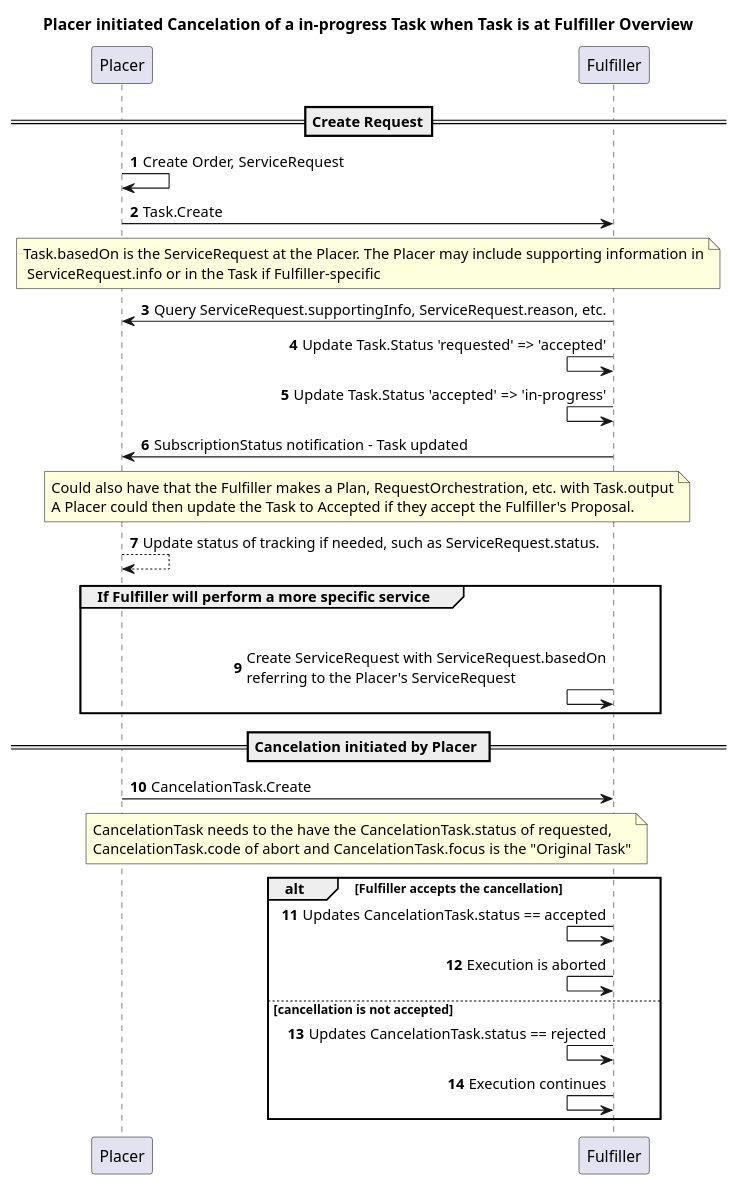
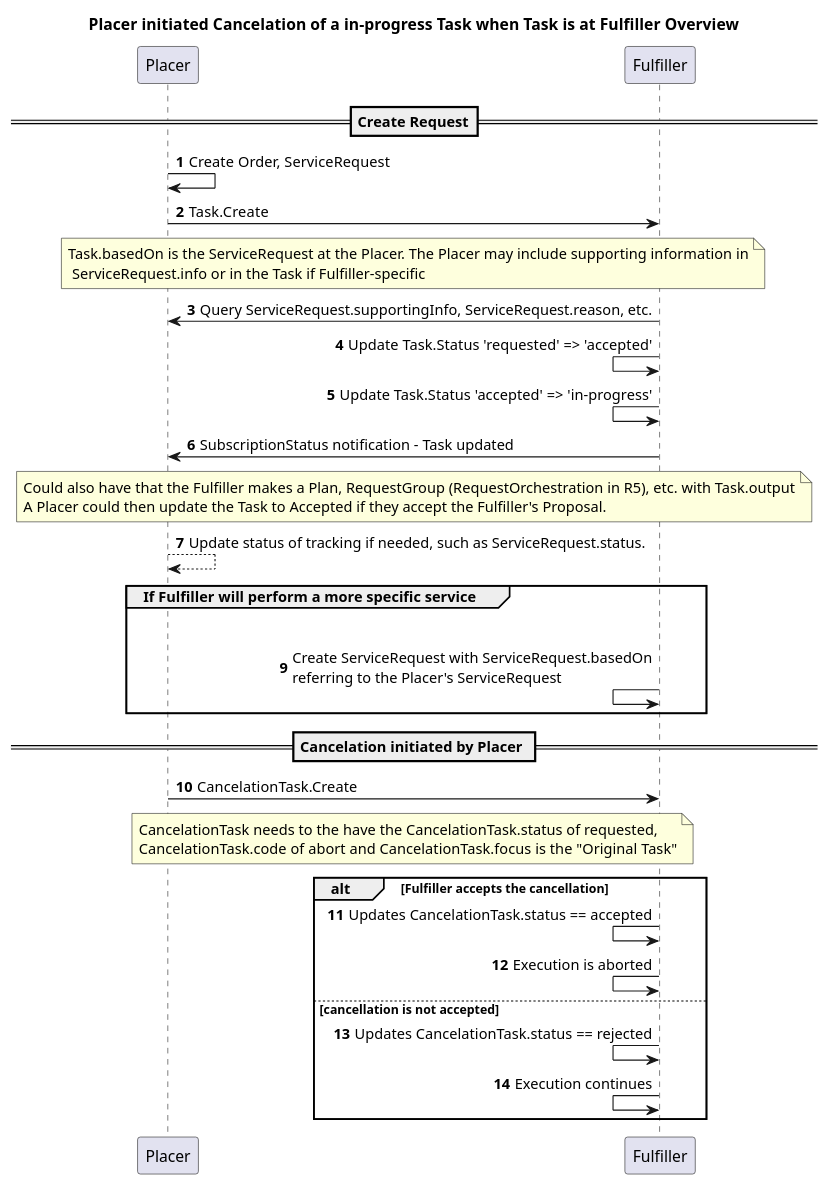
One commit to HL7/fhir-cow-ig changed the diagram in input/images-source/cancelation-when-in-progress-example-task-at-fulfiller.plantuml. Above: the diagram before and after it, drawn with PlantUML. The commit also changed 3 other files, not shown here.

First line of the commit message:
FHIR-50309: use of RequestOrchestration

```diff
--- a/input/images-source/cancelation-when-in-progress-example-task-at-fulfiller.plantuml
+++ b/input/images-source/cancelation-when-in-progress-example-task-at-fulfiller.plantuml
@@ -1,49 +1,49 @@
 @startuml
 skinparam svgDimensionStyle false
 title Placer initiated Cancelation of a in-progress Task when Task is at Fulfiller Overview
 
 autonumber
 
 ==Create Request==
 Placer -> Placer: Create Order, ServiceRequest
 
 Placer -> Fulfiller: Task.Create
 
 note over Placer, Fulfiller: Task.basedOn is the ServiceRequest at the Placer. The Placer may include supporting information in\n ServiceRequest.info or in the Task if Fulfiller-specific
 
 Fulfiller -> Placer: Query ServiceRequest.supportingInfo, ServiceRequest.reason, etc.
 
 Fulfiller <- Fulfiller: Update Task.Status 'requested' => 'accepted'
 Fulfiller <- Fulfiller: Update Task.Status 'accepted' => 'in-progress'
 
 Fulfiller -> Placer: SubscriptionStatus notification - Task updated
 
-note over Placer, Fulfiller: Could also have that the Fulfiller makes a Plan, RequestOrchestration, etc. with Task.output\nA Placer could then update the Task to Accepted if they accept the Fulfiller's Proposal.
+note over Placer, Fulfiller: Could also have that the Fulfiller makes a Plan, RequestGroup (RequestOrchestration in R5), etc. with Task.output\nA Placer could then update the Task to Accepted if they accept the Fulfiller's Proposal.
 
 Placer --> Placer: Update status of tracking if needed, such as ServiceRequest.status. 
 
 group If Fulfiller will perform a more specific service
     Fulfiller -[hidden]> Placer:
     Fulfiller <- Fulfiller: Create ServiceRequest with ServiceRequest.basedOn\nreferring to the Placer's ServiceRequest
 end
 
 
 ==Cancelation initiated by Placer ==
 
 Placer -> Fulfiller: CancelationTask.Create
 note over Placer, Fulfiller
 CancelationTask needs to the have the CancelationTask.status of requested,
 CancelationTask.code of abort and CancelationTask.focus is the "Original Task"
 end note
 	
 
 alt Fulfiller accepts the cancellation
     Fulfiller <- Fulfiller: Updates CancelationTask.status == accepted
 	Fulfiller  <- Fulfiller: Execution is aborted
 else cancellation is not accepted
 	Fulfiller <- Fulfiller: Updates CancelationTask.status == rejected
 	Fulfiller  <- Fulfiller: Execution continues
 end
 
 
 @enduml
```
